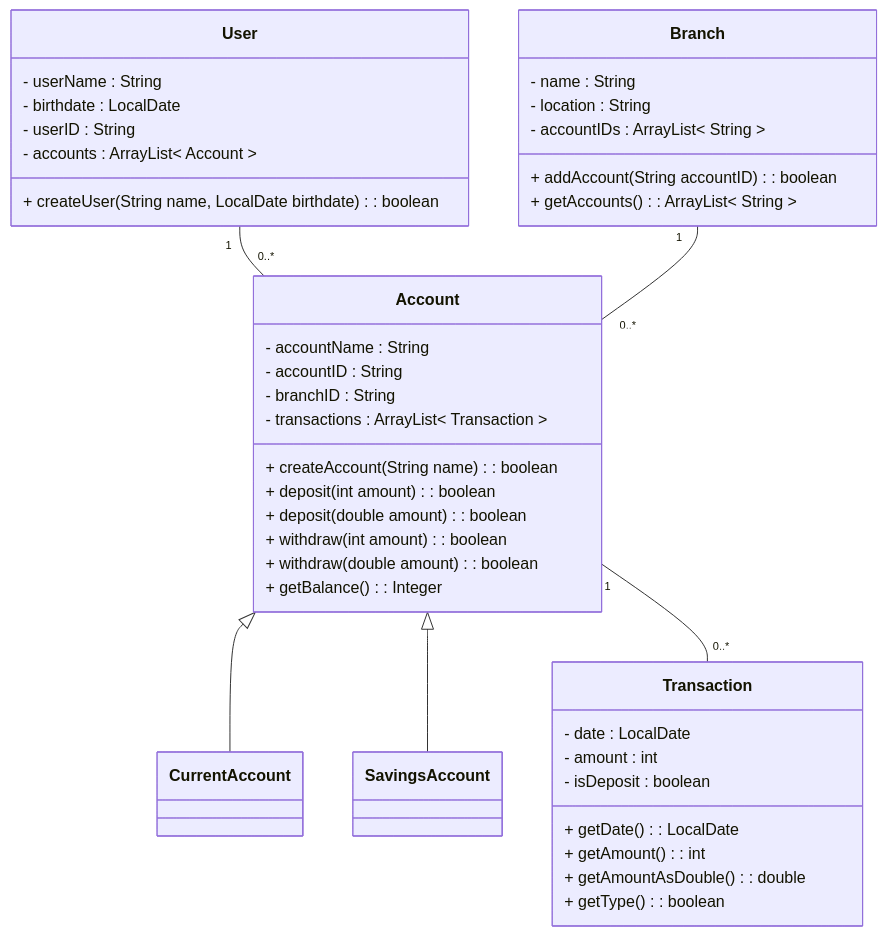
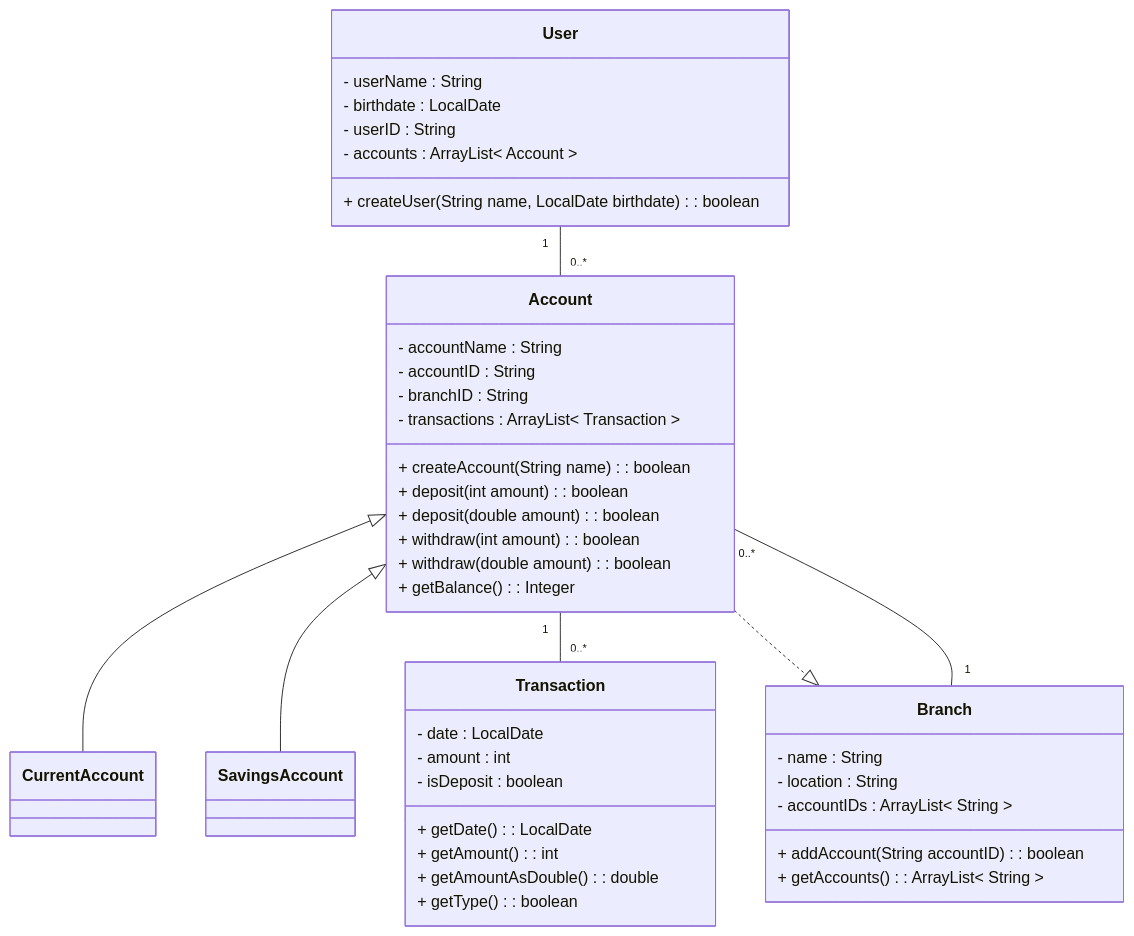
Before and after one commit to boolean-uk/java-tdd-oop-bank-challenge: the diagram in class-diagram.md, drawn with Mermaid. The commit also changed 3 other files, not shown here.

`````diff
--- a/class-diagram.md
+++ b/class-diagram.md
@@ -1,50 +1,51 @@
 ````mermaid
 classDiagram
     class User{
         - userName : String
         - birthdate : LocalDate
         - userID : String
         - accounts : ArrayList< Account >
         + createUser(String name, LocalDate birthdate) : boolean
     }
     class Account{
         - accountName : String
         - accountID : String
         - branchID : String
         - transactions : ArrayList< Transaction >
         + createAccount(String name) : boolean
         + deposit(int amount) : boolean
         + deposit(double amount) : boolean
         + withdraw(int amount) : boolean
         + withdraw(double amount) : boolean
         + getBalance() : Integer
     }
     class CurrentAccount{
         
     }
     class SavingsAccount{
         
     }
     class Transaction{
         - date : LocalDate
         - amount : int
         - isDeposit : boolean
         + getDate() : LocalDate
         + getAmount() : int
         + getAmountAsDouble() : double
         + getType() : boolean
     }
     class Branch{
         - name : String
         - location : String
         - accountIDs : ArrayList< String >
         + addAccount(String accountID) : boolean
         + getAccounts() : ArrayList< String >
     }
     
     Account <|-- CurrentAccount
     Account <|-- SavingsAccount
     Account "1"--"0..*" Transaction 
     User "1" -- "0..*" Account
     Branch "1" -- "0..*" Account
+    Account ..|> Branch
 ````
`````
